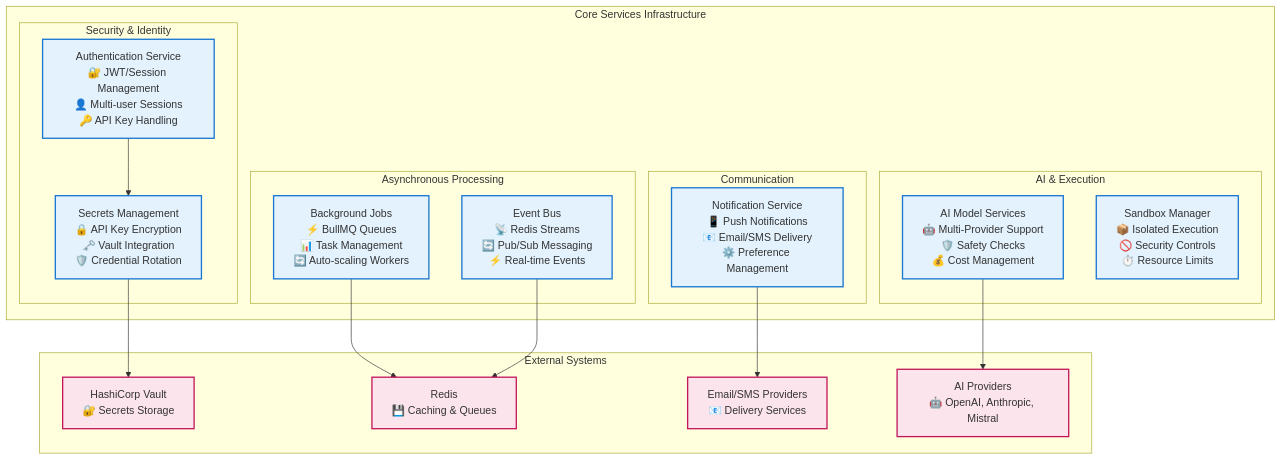
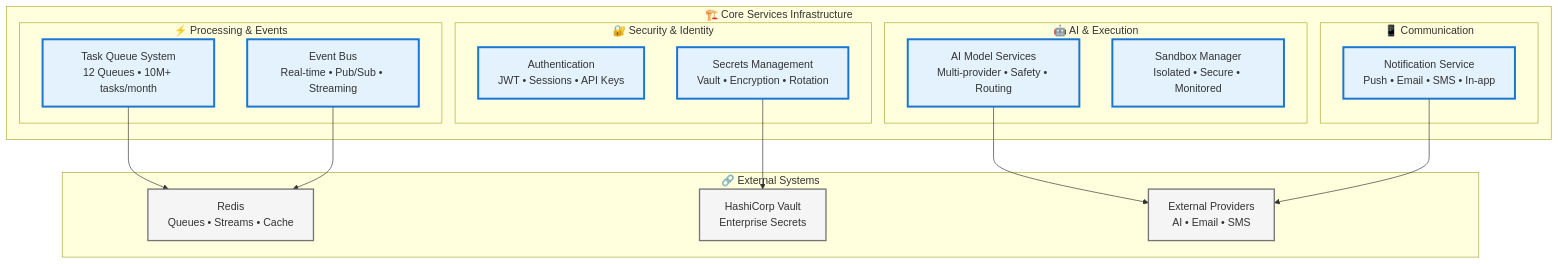
One commit to Vrooli/Vrooli changed the diagram in docs/architecture/core-services/README.md. Above: the diagram before and after it, drawn with Mermaid. The commit also changed other lines of this file and 9 other files, not shown here.

````diff
--- a/docs/architecture/core-services/README.md
+++ b/docs/architecture/core-services/README.md
@@ -9,43 +13,39 @@
 ```mermaid
 graph TB
-    subgraph "Core Services Infrastructure"
-        subgraph "Security & Identity"
-            AuthService[Authentication Service<br/>🔐 JWT/Session Management<br/>👤 Multi-user Sessions<br/>🔑 API Key Handling]
-            SecretsMgmt[Secrets Management<br/>🔒 API Key Encryption<br/>🗝️ Vault Integration<br/>🛡️ Credential Rotation]
+    subgraph "🏗️ Core Services Infrastructure"
+        subgraph "🔐 Security & Identity"
+            Auth[Authentication<br/>JWT • Sessions • API Keys]
+            Secrets[Secrets Management<br/>Vault • Encryption • Rotation]
         end
         
-        subgraph "Asynchronous Processing"
-            BackgroundJobs[Background Jobs<br/>⚡ BullMQ Queues<br/>📊 Task Management<br/>🔄 Auto-scaling Workers]
-            EventBus[Event Bus<br/>📡 Redis Streams<br/>🔄 Pub/Sub Messaging<br/>⚡ Real-time Events]
+        subgraph "⚡ Processing & Events"
+            TaskQueue[Task Queue System<br/>12 Queues • 10M+ tasks/month]
+            EventBus[Event Bus<br/>Real-time • Pub/Sub • Streaming]
         end
         
-        subgraph "AI & Execution"
-            AIServices[AI Model Services<br/>🤖 Multi-Provider Support<br/>🛡️ Safety Checks<br/>💰 Cost Management]
-            SandboxMgr[Sandbox Manager<br/>📦 Isolated Execution<br/>🚫 Security Controls<br/>⏱️ Resource Limits]
+        subgraph "🤖 AI & Execution"
+            AIModels[AI Model Services<br/>Multi-provider • Safety • Routing]
+            Sandbox[Sandbox Manager<br/>Isolated • Secure • Monitored]
         end
         
-        subgraph "Communication"
-            NotificationSvc[Notification Service<br/>📱 Push Notifications<br/>📧 Email/SMS Delivery<br/>⚙️ Preference Management]
+        subgraph "📱 Communication"
+            Notify[Notification Service<br/>Push • Email • SMS • In-app]
         end
     end
     
-    subgraph "External Systems"
-        Vault[HashiCorp Vault<br/>🔐 Secrets Storage]
-        Redis[Redis<br/>💾 Caching & Queues]
-        EmailProviders[Email/SMS Providers<br/>📧 Delivery Services]
-        AIProviders[AI Providers<br/>🤖 OpenAI, Anthropic, Mistral]
+    subgraph "🔗 External Systems"
+        Redis[Redis<br/>Queues • Streams • Cache]
+        Vault[HashiCorp Vault<br/>Enterprise Secrets]
+        Providers[External Providers<br/>AI • Email • SMS]
     end
     
-    AuthService --> SecretsMgmt
-    BackgroundJobs --> Redis
-    EventBus --> Redis
-    SecretsMgmt --> Vault
-    NotificationSvc --> EmailProviders
-    AIServices --> AIProviders
+    TaskQueue & EventBus --> Redis
+    Secrets --> Vault
+    AIModels & Notify --> Providers
     
-    classDef coreService fill:#e3f2fd,stroke:#1976d2,stroke-width:2px
-    classDef external fill:#fce4ec,stroke:#c2185b,stroke-width:2px
+    classDef core fill:#e3f2fd,stroke:#1976d2,stroke-width:3px
+    classDef external fill:#f5f5f5,stroke:#757575,stroke-width:2px
     
-    class AuthService,SecretsMgmt,BackgroundJobs,EventBus,AIServices,SandboxMgr,NotificationSvc coreService
-    class Vault,Redis,EmailProviders,AIProviders external
+    class Auth,Secrets,TaskQueue,EventBus,AIModels,Sandbox,Notify core
+    class Redis,Vault,Providers external
 ```
````
